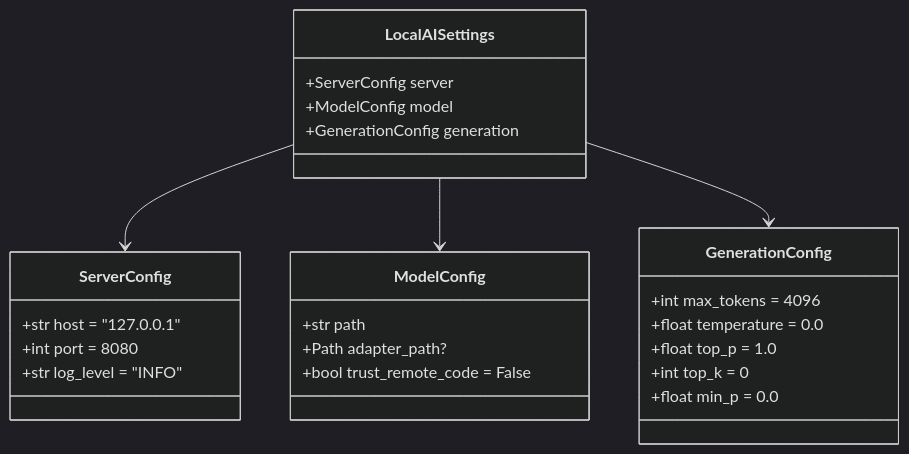
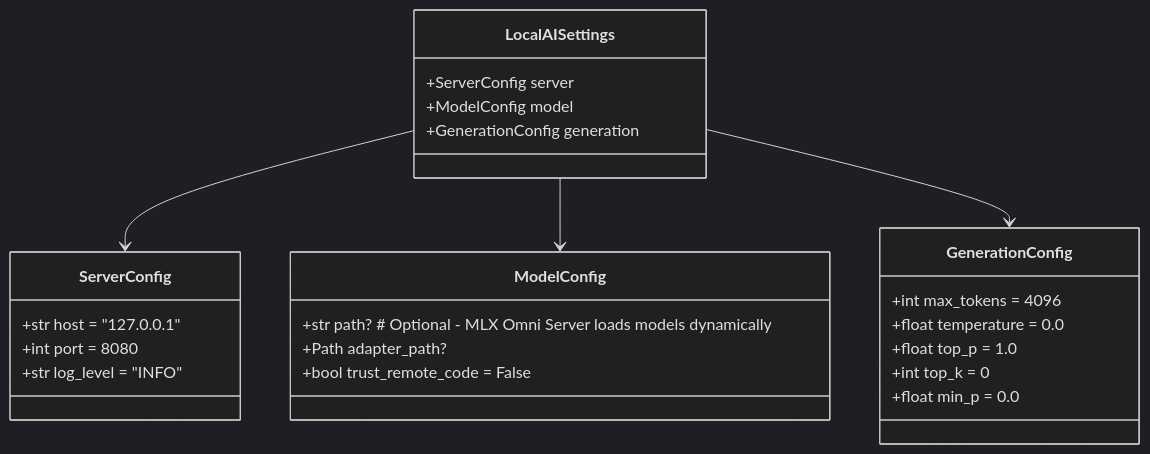
The second of 4 diagrams in docs/DESIGN.md (tumma72/local-ai), drawn with Mermaid (dark theme) before and after one commit. The commit also changed other lines of this file and 16 other files, not shown here.

````diff
--- a/docs/DESIGN.md
+++ b/docs/DESIGN.md
@@ -75,32 +77,32 @@
 ```mermaid
 classDiagram
     class LocalAISettings {
         +ServerConfig server
         +ModelConfig model
         +GenerationConfig generation
     }
 
     class ServerConfig {
         +str host = "127.0.0.1"
         +int port = 8080
         +str log_level = "INFO"
     }
 
     class ModelConfig {
-        +str path
+        +str path?  # Optional - MLX Omni Server loads models dynamically
         +Path adapter_path?
         +bool trust_remote_code = False
     }
 
     class GenerationConfig {
         +int max_tokens = 4096
         +float temperature = 0.0
         +float top_p = 1.0
         +int top_k = 0
         +float min_p = 0.0
     }
 
     LocalAISettings --> ServerConfig
     LocalAISettings --> ModelConfig
     LocalAISettings --> GenerationConfig
 ```
````
